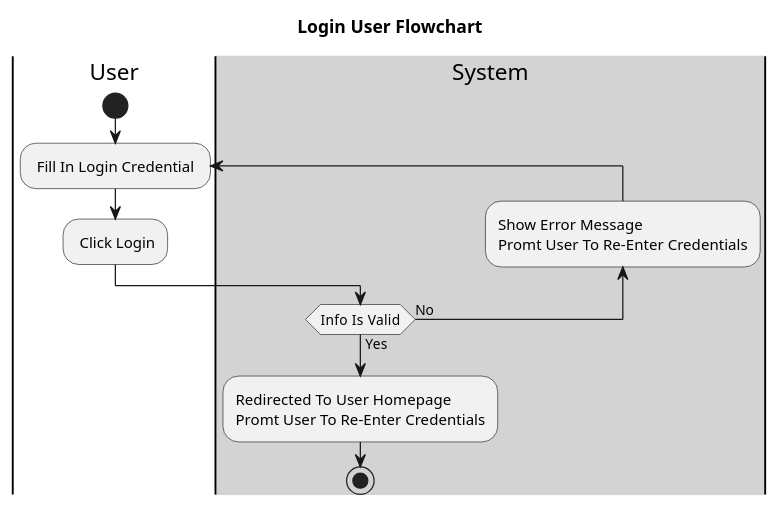
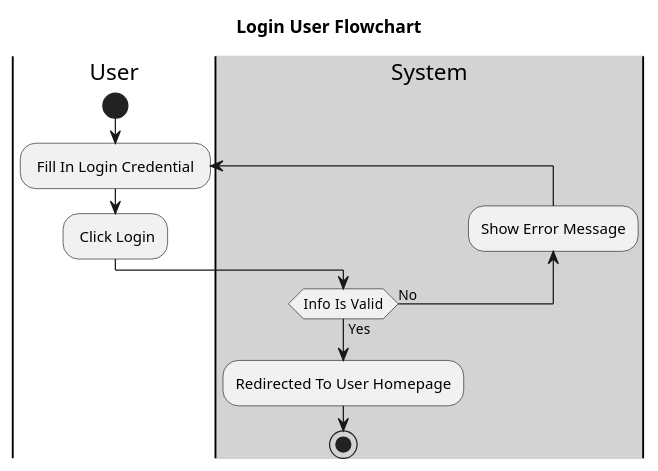
Before and after one commit to KTPx4/Social_Media: the diagram in Diagram/flowchart/account/login_user_flowchart.wsd, drawn with PlantUML. The commit also changed 4 other files, not shown here.

```diff
--- a/Diagram/flowchart/account/login_user_flowchart.wsd
+++ b/Diagram/flowchart/account/login_user_flowchart.wsd
@@ -1,14 +1,12 @@
 @startuml 
 title Login User Flowchart
 |User|
 start
 repeat: Fill In Login Credential ; 
 : Click Login;  
 |#lightgray|System|
-backward:Show Error Message
-Promt User To Re-Enter Credentials;
+backward:Show Error Message;
 repeat while(Info  Is Valid) is (No) not (Yes)
-:Redirected To User Homepage 
-Promt User To Re-Enter Credentials; 
+:Redirected To User Homepage;
 stop
 @enduml
```
